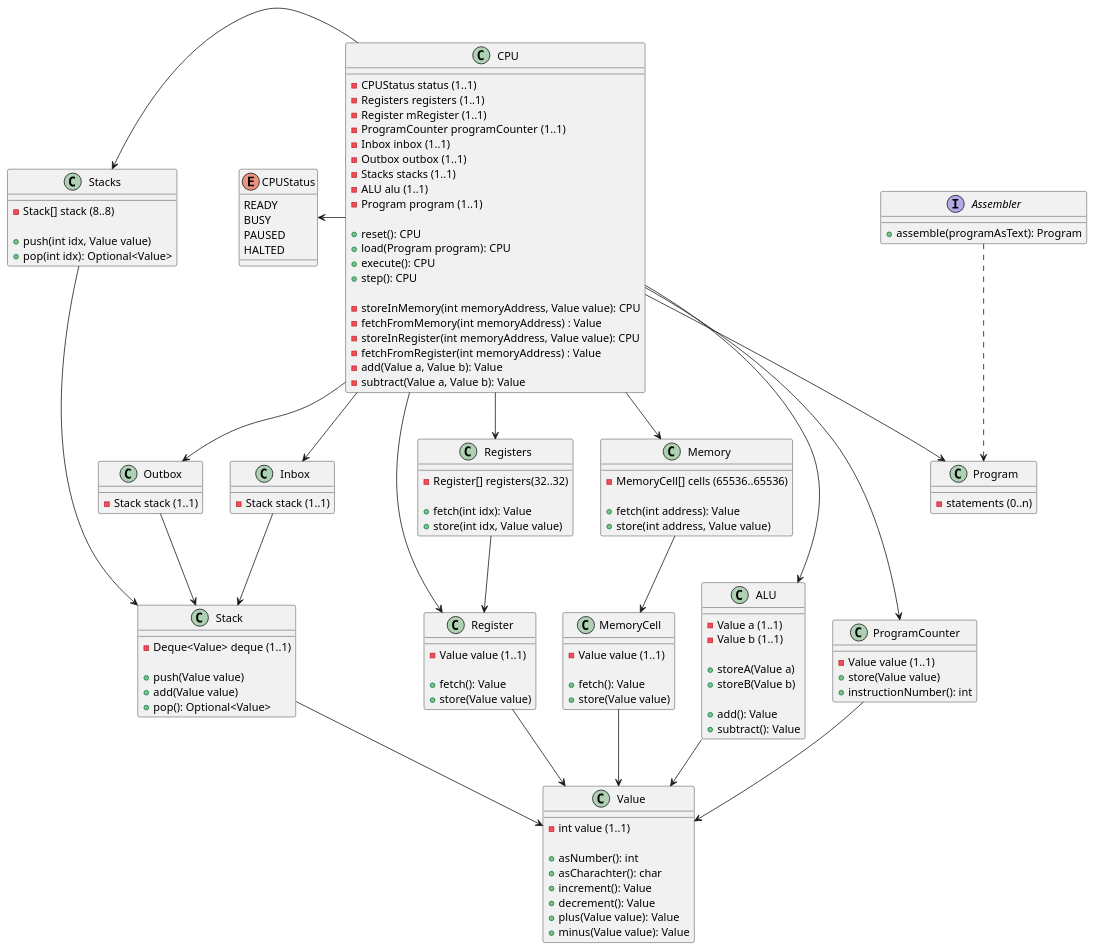
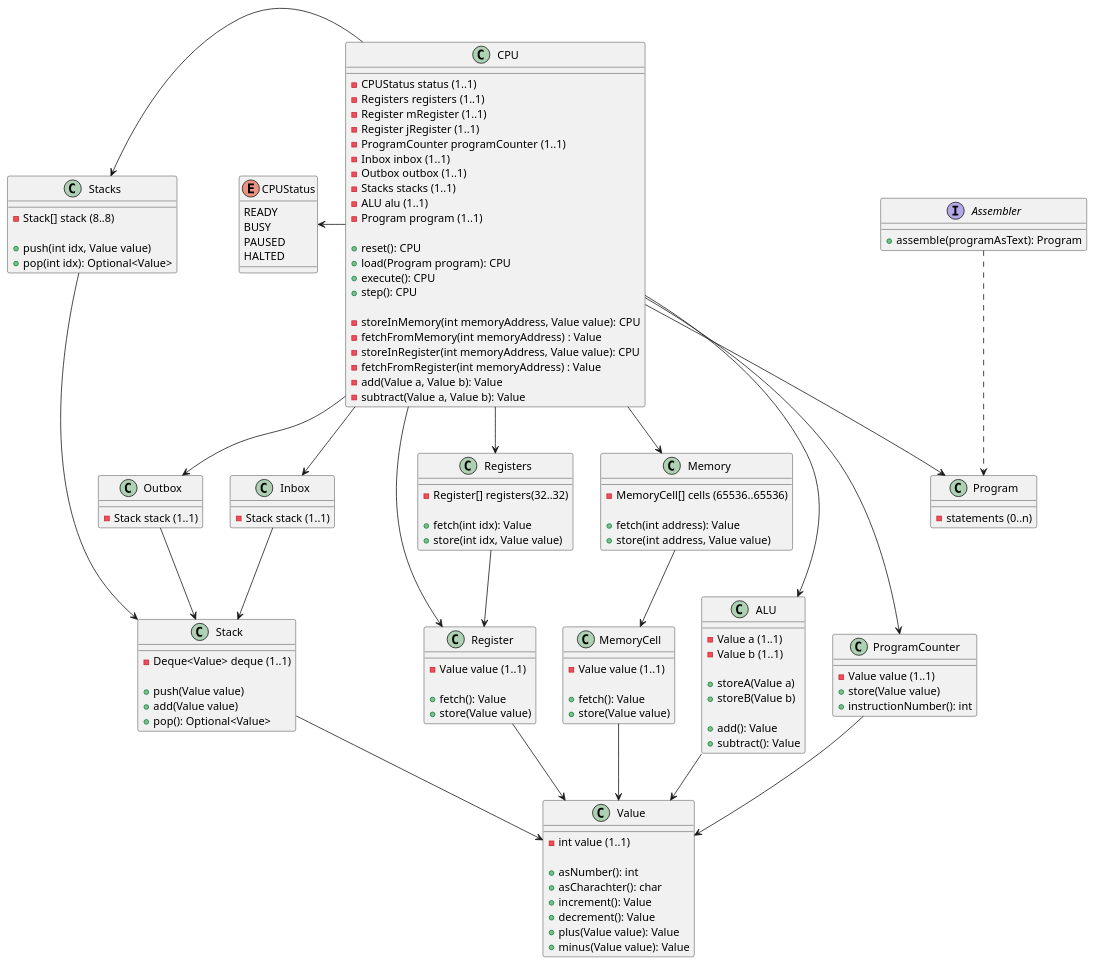
The diagram in docs/ClassDiagramCPU.puml (TristanoSuriani/HRM-assembly), drawn with PlantUML before and after one commit. The commit also changed 2 other files, not shown here.

Commit message:
hrm07 works. updated model. added jRegister.

```diff
--- a/docs/ClassDiagramCPU.puml
+++ b/docs/ClassDiagramCPU.puml
@@ -1,144 +1,145 @@
 @startuml
 
 class Register {
   -Value value (1..1)
 
   +fetch(): Value
   +store(Value value)
 }
 
 class ProgramCounter {
   -Value value (1..1)
   +store(Value value)
   +instructionNumber(): int
 }
 
 class Registers {
   -Register[] registers(32..32)
 
   +fetch(int idx): Value
   +store(int idx, Value value)
 }
 
 class Inbox {
   -Stack stack (1..1)
 }
 
 class Stacks {
   -Stack[] stack (8..8)
 
   +push(int idx, Value value)
   +pop(int idx): Optional<Value>
 }
 
 class Stack {
   -Deque<Value> deque (1..1)
 
   +push(Value value)
   +add(Value value)
   +pop(): Optional<Value>
 }
 
 class Outbox
 {
   -Stack stack (1..1)
 }
 
 class ALU {
   -Value a (1..1)
   -Value b (1..1)
 
   +storeA(Value a)
   +storeB(Value b)
 
   +add(): Value
   +subtract(): Value
 }
 
 class Memory {
   -MemoryCell[] cells (65536..65536)
 
   +fetch(int address): Value
   +store(int address, Value value)
 }
 
 class MemoryCell {
  -Value value (1..1)
 
  +fetch(): Value
  +store(Value value)
 }
 
 class Value {
   -int value (1..1)
 
   +asNumber(): int
   +asCharachter(): char
   +increment(): Value
   +decrement(): Value
   +plus(Value value): Value
   +minus(Value value): Value
 }
 
 class CPU {
   -CPUStatus status (1..1)
   -Registers registers (1..1)
   -Register mRegister (1..1)
+  -Register jRegister (1..1)
   -ProgramCounter programCounter (1..1)
   -Inbox inbox (1..1)
   -Outbox outbox (1..1)
   -Stacks stacks (1..1)
   -ALU alu (1..1)
   -Program program (1..1)
 
   +reset(): CPU
   +load(Program program): CPU
   +execute(): CPU
   +step(): CPU
 
   -storeInMemory(int memoryAddress, Value value): CPU
   -fetchFromMemory(int memoryAddress) : Value
   -storeInRegister(int memoryAddress, Value value): CPU
   -fetchFromRegister(int memoryAddress) : Value
   -add(Value a, Value b): Value
   -subtract(Value a, Value b): Value
 }
 
 enum CPUStatus {
   READY
   BUSY
   PAUSED
   HALTED
 }
 
 class Program {
   -statements (0..n)
 }
 
 interface Assembler {
   +assemble(programAsText): Program
 }
 
 CPU -down-> Registers
 CPU -down-> Register
 CPU -down-> Inbox
 CPU -down-> Outbox
 CPU -right-> ALU
 CPU -down-> Memory
 CPU -left-> Stacks
 CPU -down-> Program
 CPU -down-> ProgramCounter
 CPU -left-> CPUStatus
 Memory -down-> MemoryCell
 Registers -down-> Register
 MemoryCell -down-> Value
 Register -down-> Value
 Inbox -down-> Stack
 Outbox -down-> Stack
 Stacks -down-> Stack
 Stack -down-> Value
 ALU -down-> Value
 Assembler .down.> Program
 ProgramCounter -down-> Value
 
 @enduml
```
